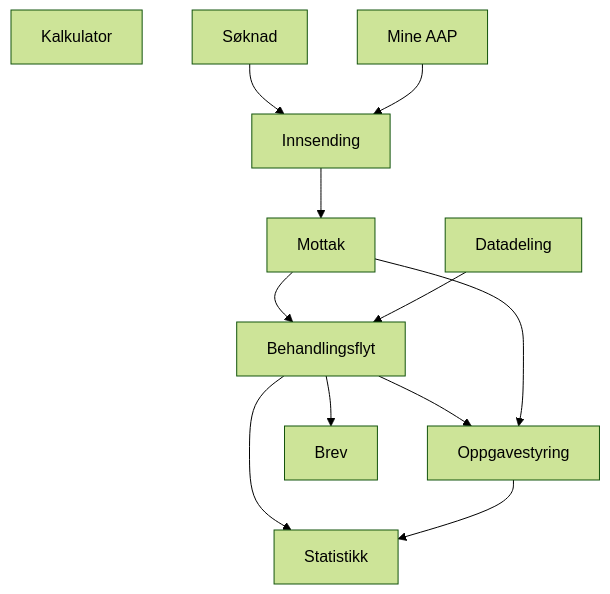
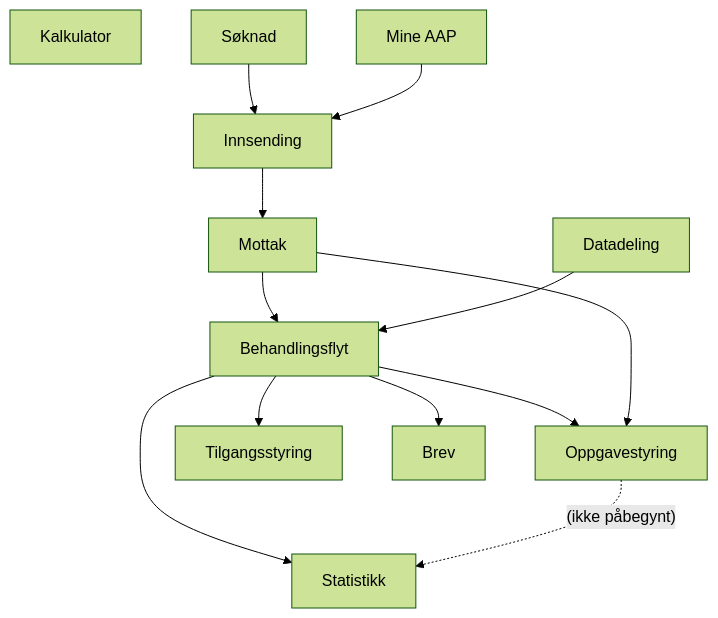
The diagram in docs/funksjonalitet/funksjonalitet.md (navikt/aap-intern-sysdok), drawn with Mermaid (forest theme) before and after one commit. The commit also changed 6 other files, not shown here.

````diff
--- a/docs/funksjonalitet/funksjonalitet.md
+++ b/docs/funksjonalitet/funksjonalitet.md
@@ -84,14 +84,15 @@
 ```mermaid
 graph TD
 KA[Kalkulator]
 SK[Søknad] --> IS[Innsending]
 MA[Mine AAP] --> IS
 IS --> PM[Mottak]
 PM --> VT[Behandlingsflyt]
 VT --> OP[Oppgavestyring]
+VT --> TS[Tilgangsstyring]
 PM --> OP
 VT --> BR[Brev]
 VT --> ST[Statistikk]
-OP --> ST
+OP -. (ikke påbegynt) .-> ST
 DA[Datadeling] --> VT
 ```
````
